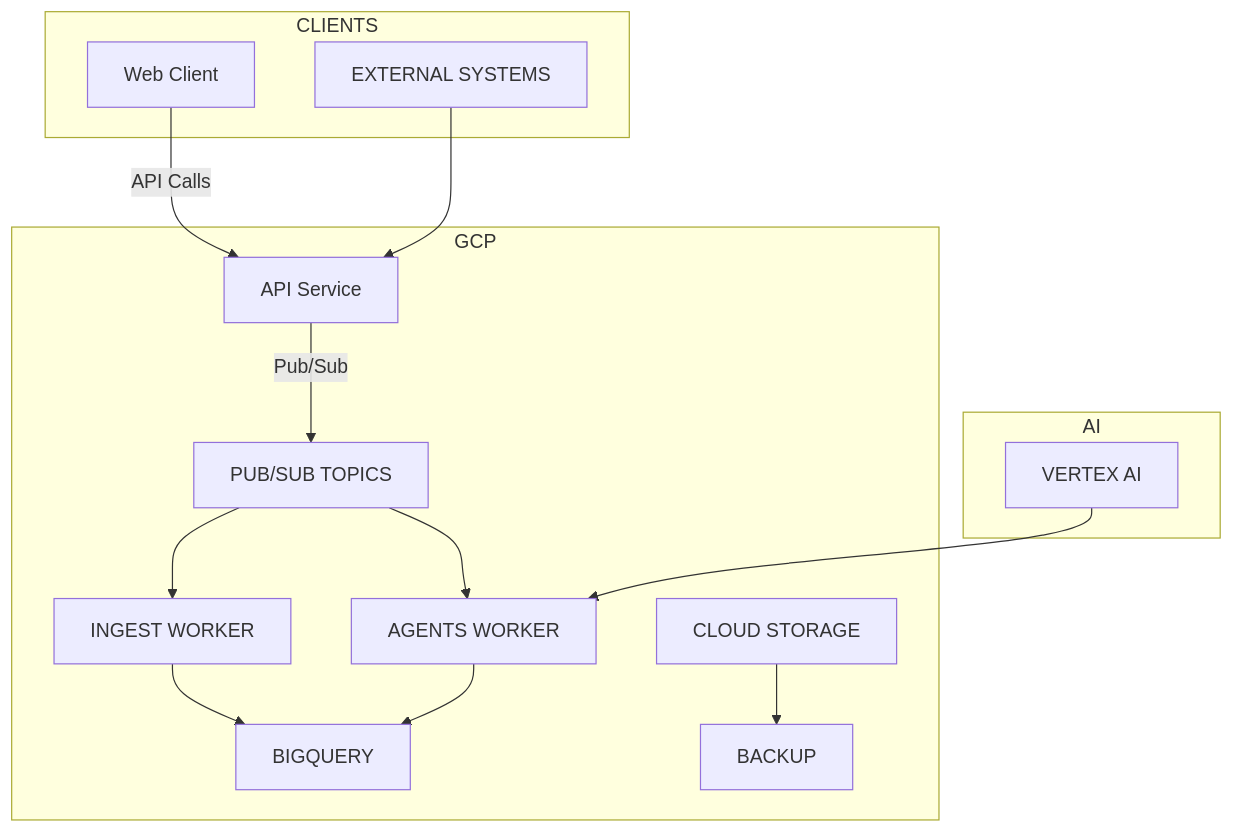
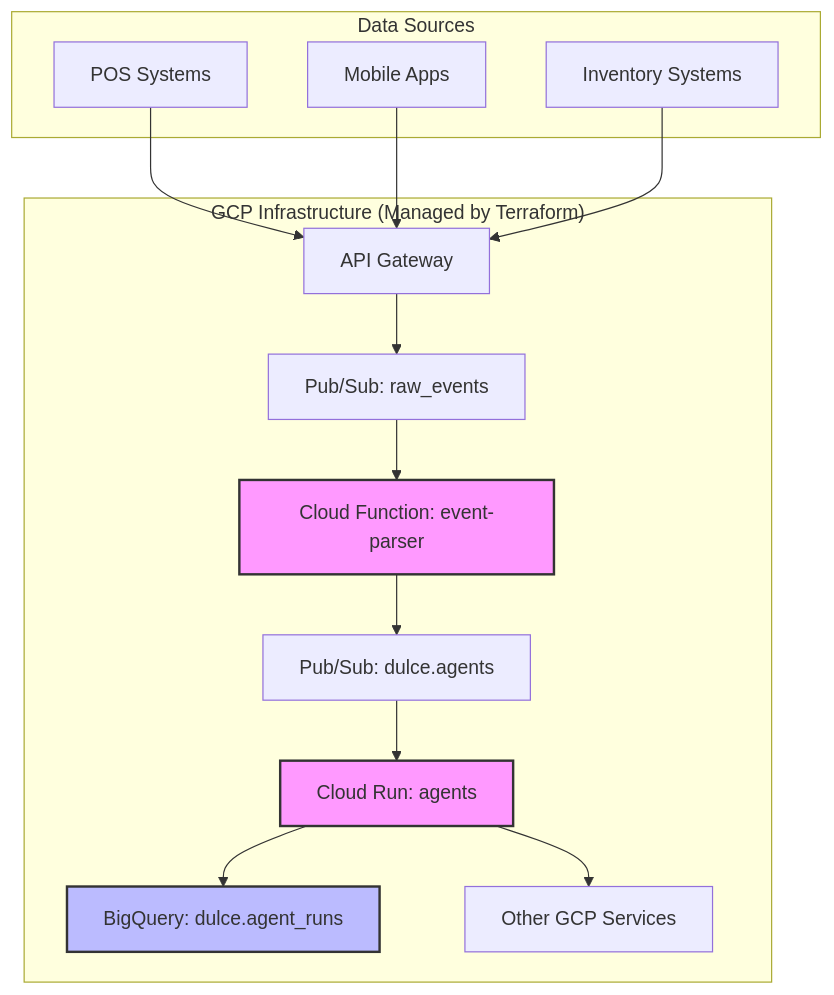
The diagram in README.md (redrover13/signals), drawn with Mermaid before and after one commit. The commit also changed other lines of this file and 18 other files, not shown here.

````diff
--- a/README.md
+++ b/README.md
@@ -29,31 +11,22 @@
 ```mermaid
-flowchart TD
-    A[Web Client] -->|API Calls| B[API Service]
-    B -->|Pub/Sub| C[PUB/SUB TOPICS]
-    C --> D[INGEST WORKER]
-    D --> E[BIGQUERY]
-    C --> F[AGENTS WORKER]
-    F --> E
-    G[CLOUD STORAGE] --> H[BACKUP]
-    I[EXTERNAL SYSTEMS] --> B
-    J[VERTEX AI] --> F
-    
-    subgraph GCP
-        B
-        C
-        D
-        E
-        F
-        G
-        H
+graph TD
+    subgraph "Data Sources"
+        A[POS Systems]
+        B[Mobile Apps]
+        C[Inventory Systems]
     end
-    
-    subgraph CLIENTS
-        A
-        I
+
+    subgraph "GCP Infrastructure (Managed by Terraform)"
+        A & B & C --> D[API Gateway];
+        D --> E[Pub/Sub: raw_events];
+        E --> F[Cloud Function: event-parser];
+        F --> G[Pub/Sub: dulce.agents];
+        G --> H[Cloud Run: agents];
+        H --> I[BigQuery: dulce.agent_runs];
+        H --> J[Other GCP Services];
     end
-    
-    subgraph AI
-        J
-    end
+
+    style F fill:#f9f,stroke:#333,stroke-width:2px
+    style H fill:#f9f,stroke:#333,stroke-width:2px
+    style I fill:#bbf,stroke:#333,stroke-width:2px
 ```
````
